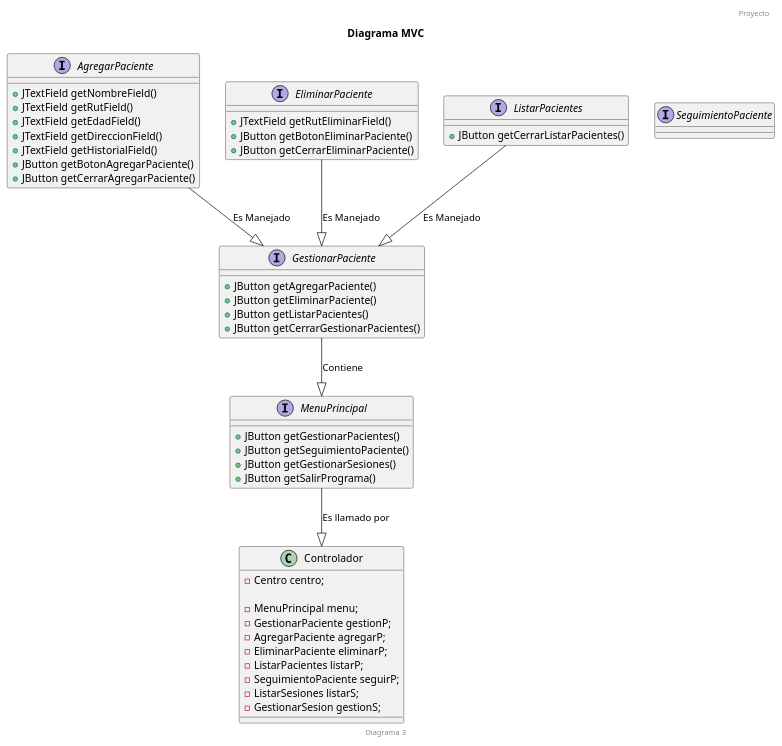
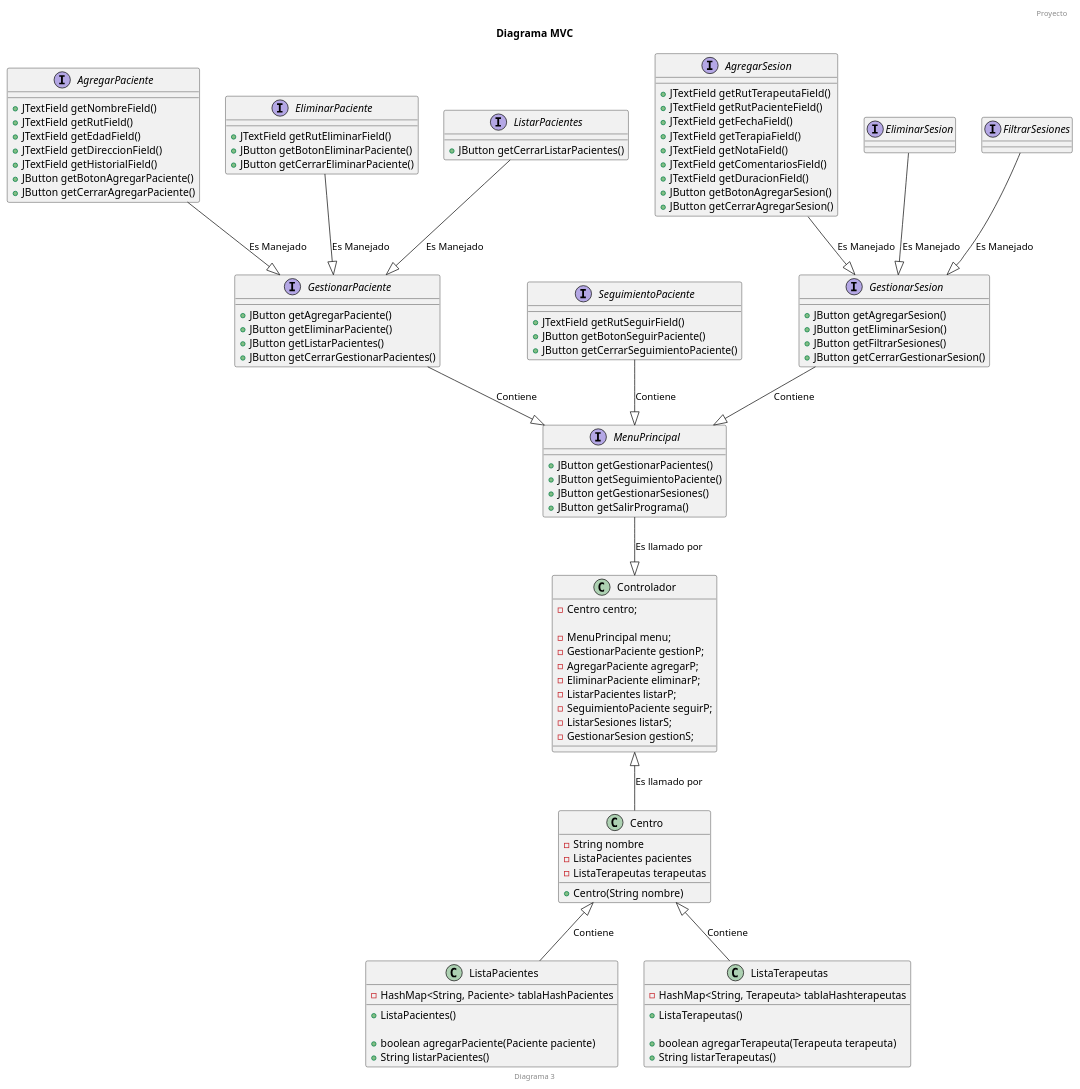
Before and after one commit to Ian-Misael/Proyecto-SIA: the diagram in src/main/java/Diagramas/Diagrama de MVC.puml, drawn with PlantUML. The commit also changed 7 other files, not shown here.

Commit message:
Agregar Sesion

```diff
--- a/src/main/java/Diagramas/Diagrama de MVC.puml
+++ b/src/main/java/Diagramas/Diagrama de MVC.puml
@@ -1,67 +1,130 @@
 @startuml Programa
 
 title Diagrama MVC
 header Proyecto
 footer Diagrama 3
 
 
 class Controlador {
     - Centro centro;
 
     - MenuPrincipal menu;
     - GestionarPaciente gestionP;
     - AgregarPaciente agregarP;
     - EliminarPaciente eliminarP;
     - ListarPacientes listarP;
     - SeguimientoPaciente seguirP;
     - ListarSesiones listarS;
     - GestionarSesion gestionS;
+}
+
+class Centro {
+    - String nombre
+    - ListaPacientes pacientes
+    - ListaTerapeutas terapeutas
+
+    + Centro(String nombre)
+    
+}
+
+class ListaPacientes {
+    - HashMap<String, Paciente> tablaHashPacientes
+
+    + ListaPacientes()
+
+    + boolean agregarPaciente(Paciente paciente)
+    + String listarPacientes()
+}
+
+class ListaTerapeutas {
+    - HashMap<String, Terapeuta> tablaHashterapeutas
+
+    + ListaTerapeutas()
+
+    + boolean agregarTerapeuta(Terapeuta terapeuta)
+    + String listarTerapeutas()
 }
 
 interface MenuPrincipal {
     + JButton getGestionarPacientes()
     + JButton getSeguimientoPaciente()
     + JButton getGestionarSesiones()
     + JButton getSalirPrograma()
 }
 
 interface GestionarPaciente {
     + JButton getAgregarPaciente()
     + JButton getEliminarPaciente()
     + JButton getListarPacientes()
     + JButton getCerrarGestionarPacientes()
 }
 
 interface AgregarPaciente {
     + JTextField getNombreField()
     + JTextField getRutField()
     + JTextField getEdadField()
     + JTextField getDireccionField()
     + JTextField getHistorialField()
     + JButton getBotonAgregarPaciente()
     + JButton getCerrarAgregarPaciente()
 }
 
 interface EliminarPaciente {
     + JTextField getRutEliminarField()
     + JButton getBotonEliminarPaciente()
     + JButton getCerrarEliminarPaciente()
 }
 
 interface ListarPacientes {
     + JButton getCerrarListarPacientes()
 }
 
 interface SeguimientoPaciente {
+    + JTextField getRutSeguirField()
+    + JButton getBotonSeguirPaciente()
+    + JButton getCerrarSeguimientoPaciente()
+}
+
+interface GestionarSesion {
+    + JButton getAgregarSesion()
+    + JButton getEliminarSesion()
+    + JButton getFiltrarSesiones()
+    + JButton getCerrarGestionarSesion()
+}
+
+interface AgregarSesion {
+    + JTextField getRutTerapeutaField()
+    + JTextField getRutPacienteField()
+    + JTextField getFechaField()
+    + JTextField getTerapiaField()
+    + JTextField getNotaField()
+    + JTextField getComentariosField()
+    + JTextField getDuracionField()
+    + JButton getBotonAgregarSesion()
+    + JButton getCerrarAgregarSesion()
+}
+
+interface EliminarSesion {
 
 }
 
+interface FiltrarSesiones {
 
-MenuPrincipal --|> Controlador : Es llamado por
-GestionarPaciente --|> MenuPrincipal : Contiene
-AgregarPaciente --|> GestionarPaciente : Es Manejado
-EliminarPaciente --|> GestionarPaciente : Es Manejado
-ListarPacientes --|> GestionarPaciente : Es Manejado
+}
 
+Centro -up-|> Controlador : Es llamado por
+ListaPacientes -up-|> Centro : Contiene
+ListaTerapeutas -up-|> Centro : Contiene
+
+MenuPrincipal -down-|> Controlador : Es llamado por
+GestionarPaciente -down-|> MenuPrincipal : Contiene
+AgregarPaciente -down-|> GestionarPaciente : Es Manejado
+EliminarPaciente -down-|> GestionarPaciente : Es Manejado
+ListarPacientes -down-|> GestionarPaciente : Es Manejado
+SeguimientoPaciente -down-|> MenuPrincipal : Contiene
+GestionarSesion -down-|> MenuPrincipal : Contiene
+AgregarSesion -down-|> GestionarSesion : Es Manejado
+EliminarSesion -down-|> GestionarSesion : Es Manejado
+FiltrarSesiones -down-|> GestionarSesion : Es Manejado
 
 @enduml
```
